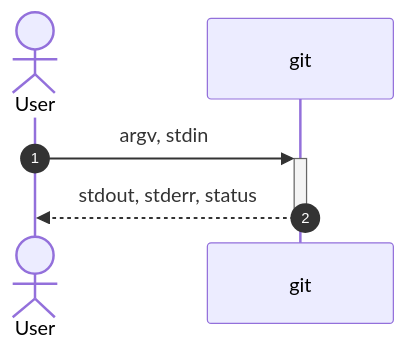
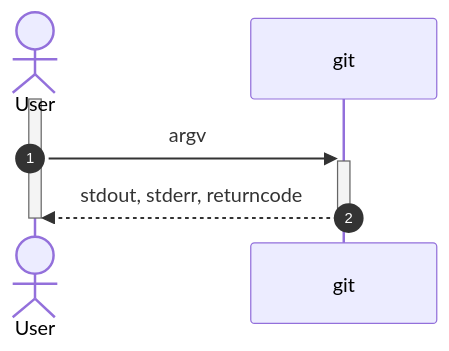
One commit to CR1337/git-educational-game-backend changed the first of 6 diagrams in doc/git-communication.md. Above: the diagram before and after it, drawn with Mermaid. The commit also changed other lines of this file and 4 other files, not shown here.

Commit message:
cleanup & diagrams

````diff
--- a/doc/git-communication.md
+++ b/doc/git-communication.md
@@ -7,9 +7,13 @@
 ```mermaid
 sequenceDiagram
     autonumber
     actor User
     participant git
 
-    User ->>+ git: argv, stdin
-    git -->>- User: stdout, stderr, status
+    activate User
+
+    User ->>+ git: argv
+    git -->>- User: stdout, stderr, returncode
+
+    deactivate User
 ```
````
